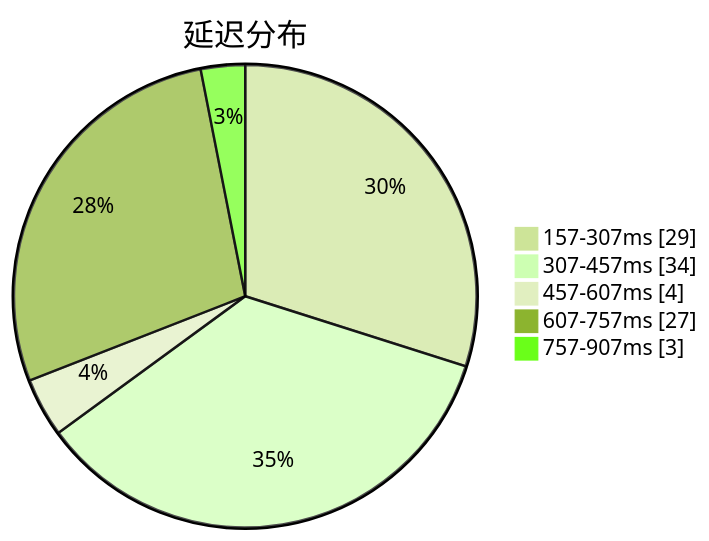
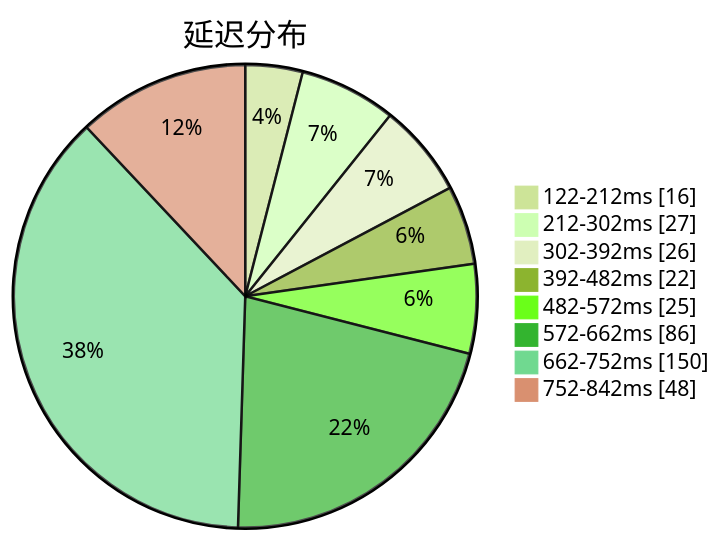
Before and after one commit to qjlxg/airport: the first of 3 diagrams in subs/statistics/tested_within.md, drawn with Mermaid (forest theme). The commit also changed other lines of this file and 2 other files, not shown here.

````diff
--- a/subs/statistics/tested_within.md
+++ b/subs/statistics/tested_within.md
@@ -2,9 +2,12 @@
 ```mermaid
 pie showData
 title 延迟分布
-"157-307ms" : 29
-"307-457ms" : 34
-"457-607ms" : 4
-"607-757ms" : 27
-"757-907ms" : 3
+"122-212ms" : 16
+"212-302ms" : 27
+"302-392ms" : 26
+"392-482ms" : 22
+"482-572ms" : 25
+"572-662ms" : 86
+"662-752ms" : 150
+"752-842ms" : 48
 ```
````
